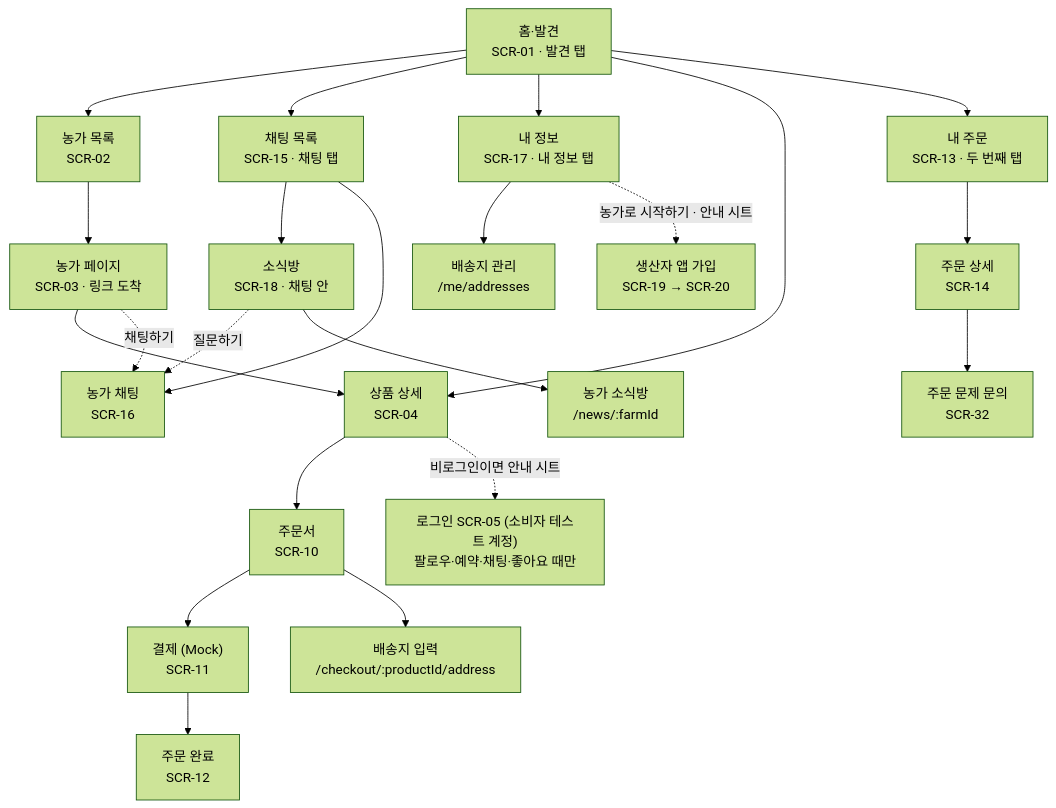
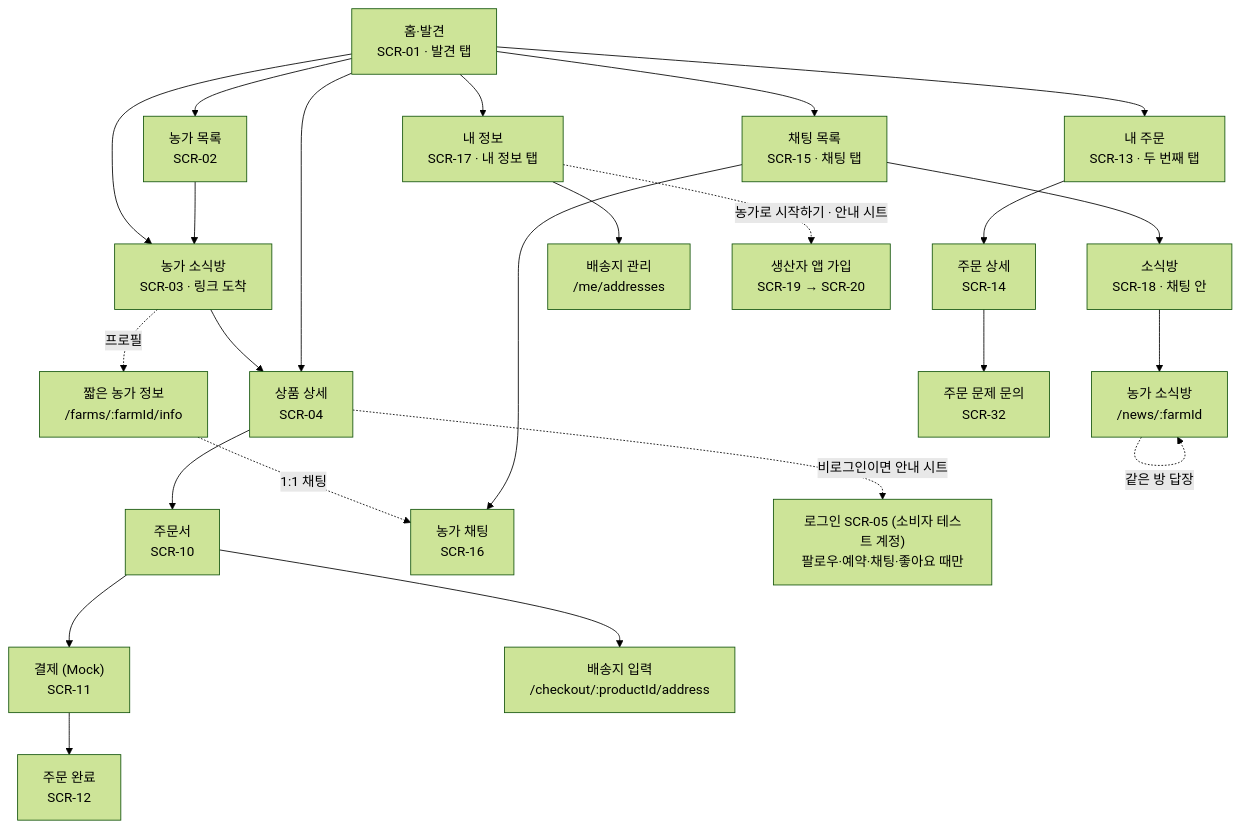
The first of 4 diagrams in docs/spec/ia.md (snuhcs-course/swpp-2026-project-team-06), drawn with Mermaid (forest theme) before and after one commit. The commit also changed other lines of this file and 67 other files, not shown here.

````diff
--- a/docs/spec/ia.md
+++ b/docs/spec/ia.md
@@ -27,25 +30,27 @@
 ```mermaid
 flowchart TD
   home["홈·발견<br/>SCR-01 · 발견 탭"]
   home --> farms["농가 목록<br/>SCR-02"]
   chats --> news["소식방<br/>SCR-18 · 채팅 안"]
   home --> chats["채팅 목록<br/>SCR-15 · 채팅 탭"]
   home --> me["내 정보<br/>SCR-17 · 내 정보 탭"]
-  farms --> farm["농가 페이지<br/>SCR-03 · 링크 도착"]
+  farms --> farm["농가 소식방<br/>SCR-03 · 링크 도착"]
+  home --> farm
   home --> product
   farm --> product["상품 상세<br/>SCR-04"]
   product --> checkout["주문서<br/>SCR-10"]
   checkout --> pay["결제 (Mock)<br/>SCR-11"]
   pay --> done["주문 완료<br/>SCR-12"]
   chats --> chat["농가 채팅<br/>SCR-16"]
-  news -. 질문하기 .-> chat
-  farm -. 채팅하기 .-> chat
+  room -. 같은 방 답장 .-> room
+  farm -. 프로필 .-> info["짧은 농가 정보<br/>/farms/:farmId/info"]
+  info -. 1:1 채팅 .-> chat
   home --> orders["내 주문<br/>SCR-13 · 두 번째 탭"]
   orders --> detail["주문 상세<br/>SCR-14"]
   detail --> inquiry["주문 문제 문의<br/>SCR-32"]
   news --> room["농가 소식방<br/>/news/:farmId"]
   me --> addresses["배송지 관리<br/>/me/addresses"]
   checkout --> address["배송지 입력<br/>/checkout/:productId/address"]
   product -. 비로그인이면 안내 시트 .-> login["로그인 SCR-05 (소비자 테스트 계정)<br/>팔로우·예약·채팅·좋아요 때만"]
   me -. 농가로 시작하기 · 안내 시트 .-> papp["생산자 앱 가입<br/>SCR-19 → SCR-20"]
 ```
````
